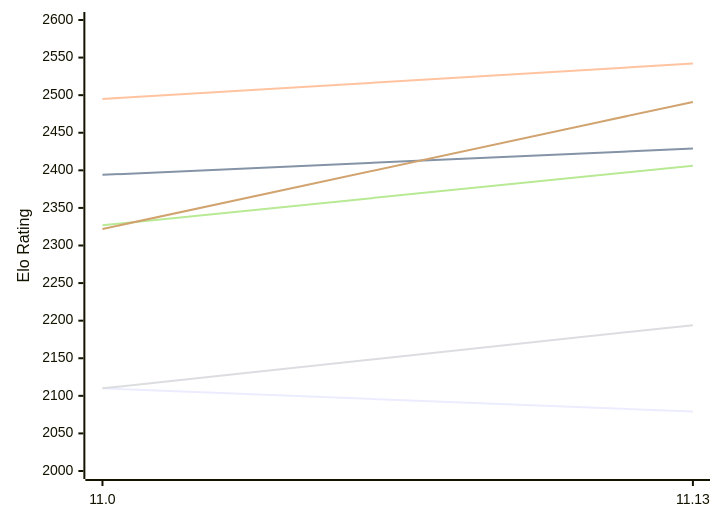
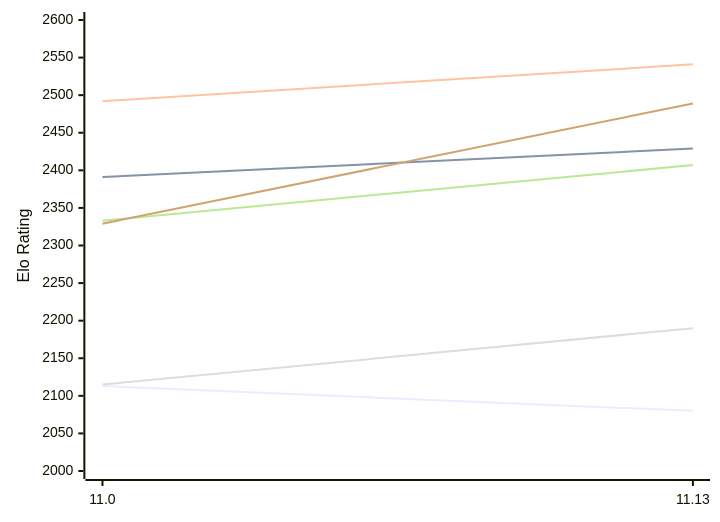
The diagram in engines/Liora.md (computer-chess-index/cci), drawn with Mermaid before and after one commit. The commit also changed other lines of this file, not shown here.

Commit message:
Update CCI Ratings (ELO VLTC) - 2026-11-26

````diff
--- a/engines/Liora.md
+++ b/engines/Liora.md
@@ -49,12 +49,12 @@
 ```mermaid
 %%{init: {"theme":"base","themeVariables":{"seriesColors:['#a3a3a3','#222221','#faa371']}}}%%
 xychart-beta
   x-axis ["11.0", "11.13"]
   y-axis "Elo Rating" 2000 --> 2600
-  line "E1: STC (8.0+0.08s)" [2110, 2079]
-  line "E1: LTC (60.0+0.60s)" [2394, 2429]
-  line "E1: VLTC (2m24s+1.12s)" [2495, 2542]
-  line "P1: STC (8.0+0.08s)" [2110, 2194]
-  line "P1: LTC (60.0+0.60s)" [2327, 2406]
-  line "P1: VLTC (2m24s+1.12s)" [2322, 2491]
+  line "E1: STC (8.0+0.08s)" [2113, 2080]
+  line "E1: LTC (60.0+0.60s)" [2391, 2429]
+  line "E1: VLTC (2m24s+1.12s)" [2492, 2541]
+  line "P1: STC (8.0+0.08s)" [2115, 2190]
+  line "P1: LTC (60.0+0.60s)" [2333, 2407]
+  line "P1: VLTC (2m24s+1.12s)" [2329, 2489]
 ```
````
